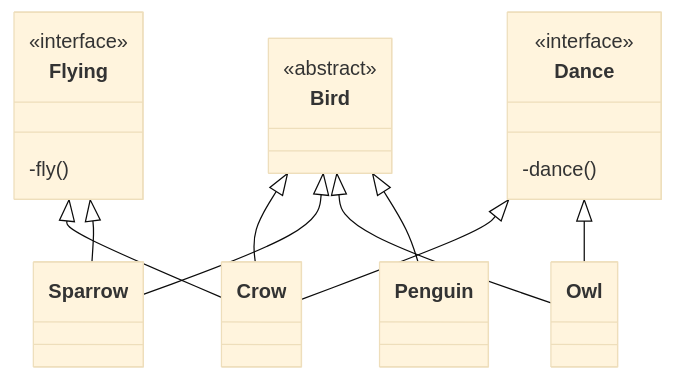
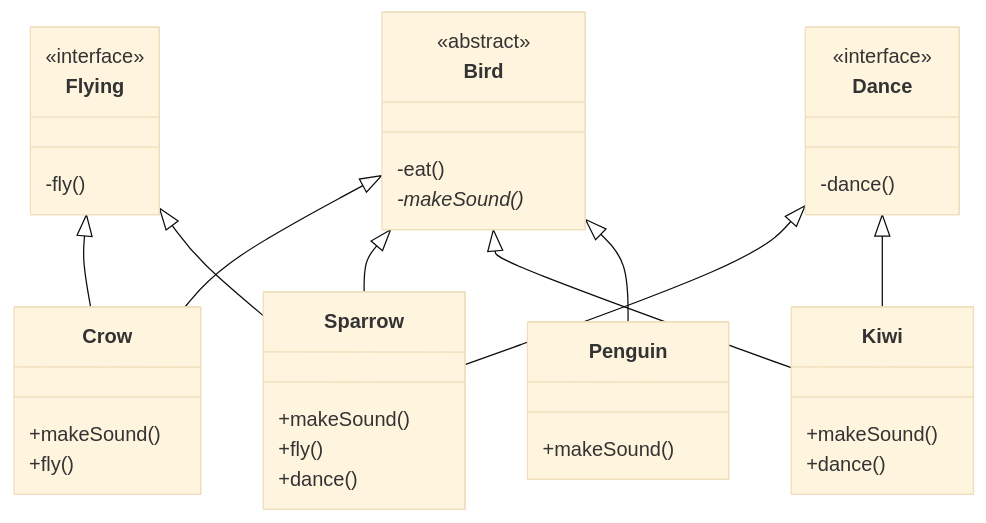
One commit to Chitlangia-Vedant/Obsidian changed the sixth of 6 diagrams in System Design/Design a BIRD.md. Above: the diagram before and after it, drawn with Mermaid (base theme). The commit also changed other lines of this file, not shown here.

````diff
--- a/System Design/Design a BIRD.md
+++ b/System Design/Design a BIRD.md
@@ -106,22 +143,54 @@
 ```mermaid
-classDiagram 
+classDiagram
+
 class Bird{
-			<<abstract>>
-        }
+    <<abstract>>
+    -eat()
+    -makeSound()*
+}
+
 class Flying{
-			<<interface>>
-            -fly()
-        }
+    <<interface>>
+    -fly()
+}
+
 class Dance{
-			<<interface>>
-            -dance()
-        }
-Bird<|--Crow
-Bird<|--Sparrow
-Bird<|--Owl
-Bird<|--Penguin
-Flying <|-- Crow 
-Flying <|-- Sparrow 
-Dance <|-- Crow
-Dance <|-- Owl
+    <<interface>>
+    -dance()
+}
+
+class Crow{
+    
+    +makeSound()
+    +fly()
+}
+
+class Sparrow{
+    
+    +makeSound()
+    +fly()
+    +dance()
+}
+
+class Kiwi{
+    
+    +makeSound()
+    +dance()
+}
+
+class Penguin{
+    
+    +makeSound()
+}
+
+Bird <|-- Crow
+Bird <|-- Sparrow
+Bird <|-- Kiwi
+Bird <|-- Penguin
+
+Flying <|-- Crow
+Flying <|-- Sparrow
+
+Dance <|-- Sparrow
+Dance <|-- Kiwi
 ```
````
